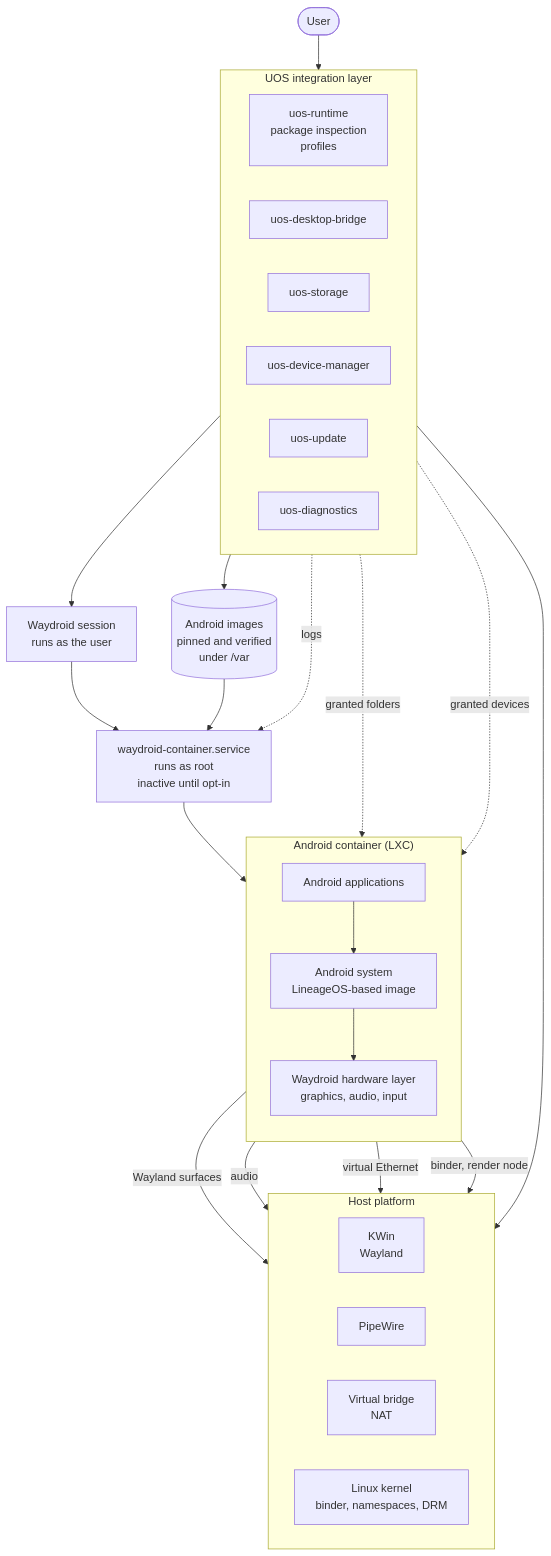
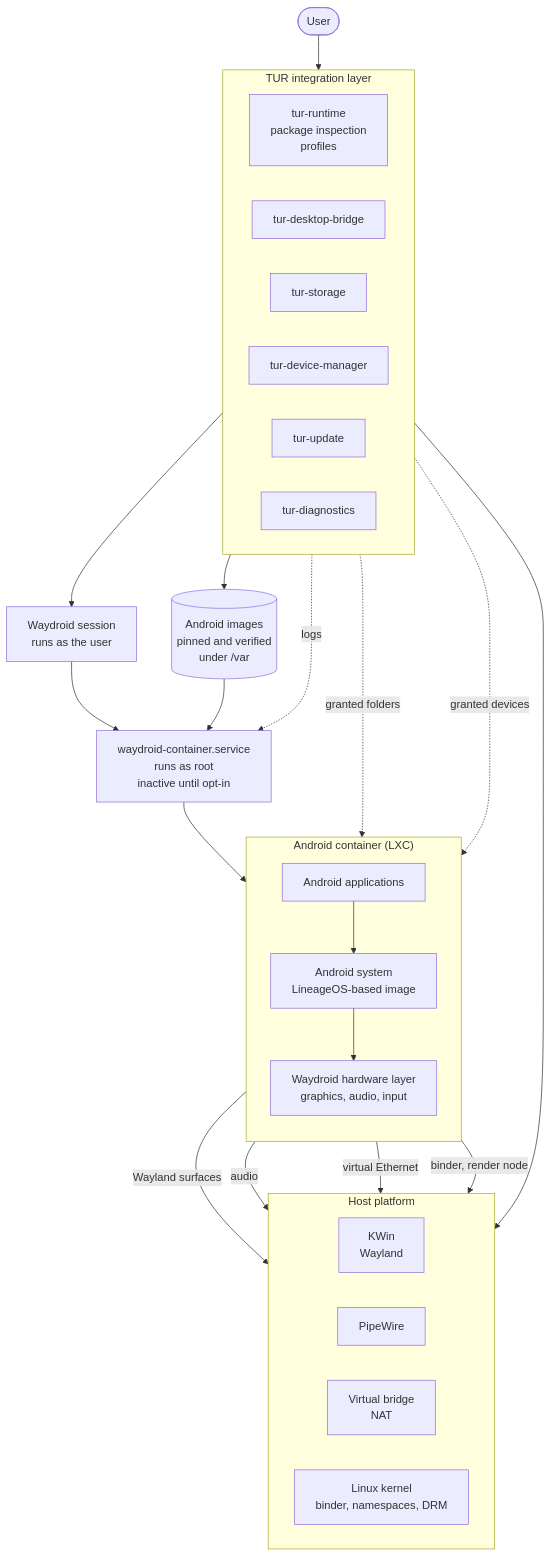
The diagram in docs/architecture/android-runtime.md (giorgiogiudice/TUR), drawn with Mermaid before and after one commit. The commit also changed other lines of this file and 929 other files, not shown here.

````diff
--- a/docs/architecture/android-runtime.md
+++ b/docs/architecture/android-runtime.md
@@ -305,50 +305,50 @@
 ```mermaid
 flowchart TB
     U(["User"])
 
-    subgraph UOSL["UOS integration layer"]
+    subgraph TURL["TUR integration layer"]
         direction LR
-        RT["uos-runtime<br/>package inspection<br/>profiles"]
-        DB["uos-desktop-bridge"]
-        ST["uos-storage"]
-        DM["uos-device-manager"]
-        UP["uos-update"]
-        DG["uos-diagnostics"]
+        RT["tur-runtime<br/>package inspection<br/>profiles"]
+        DB["tur-desktop-bridge"]
+        ST["tur-storage"]
+        DM["tur-device-manager"]
+        UP["tur-update"]
+        DG["tur-diagnostics"]
     end
 
     WS["Waydroid session<br/>runs as the user"]
     WD["waydroid-container.service<br/>runs as root<br/>inactive until opt-in"]
     IMG[("Android images<br/>pinned and verified<br/>under /var")]
 
     subgraph DROID["Android container (LXC)"]
         direction TB
         APPS["Android applications"]
         FW["Android system<br/>LineageOS-based image"]
         HAL["Waydroid hardware layer<br/>graphics, audio, input"]
         APPS --> FW
         FW --> HAL
     end
 
     subgraph HOSTP["Host platform"]
         direction LR
         KW["KWin<br/>Wayland"]
         PW["PipeWire"]
         NET["Virtual bridge<br/>NAT"]
         K["Linux kernel<br/>binder, namespaces, DRM"]
     end
 
     U --> RT
     RT --> WS
     WS --> WD
     WD --> FW
     UP --> IMG
     IMG --> WD
     HAL -- "Wayland surfaces" --> KW
     HAL -- "audio" --> PW
     FW -- "virtual Ethernet" --> NET
     FW -- "binder, render node" --> K
     DB --> KW
     ST -. "granted folders" .-> FW
     DM -. "granted devices" .-> FW
     DG -. "logs" .-> WD
 ```
````
